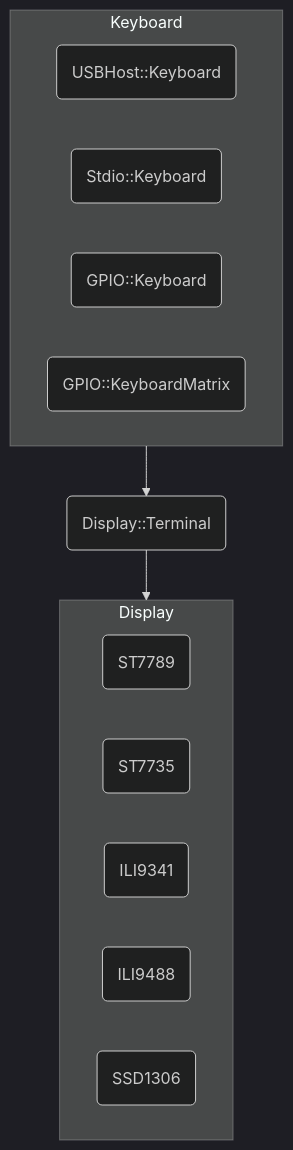
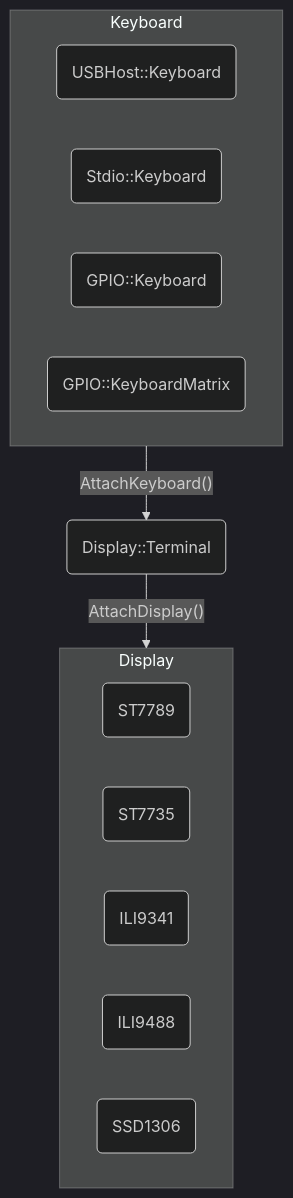
One commit to ypsitau/zenn changed the first of 2 diagrams in articles/2025-04-06-cmdline-editor.md. Above: the diagram before and after it, drawn with Mermaid (dark theme). The commit also changed other lines of this file, not shown here.

````diff
--- a/articles/2025-04-06-cmdline-editor.md
+++ b/articles/2025-04-06-cmdline-editor.md
@@ -48,17 +48,17 @@
 ```mermaid
 graph TD
   subgraph Keyboard
     K1(USBHost::Keyboard)
     K2(Stdio::Keyboard)
     K3(GPIO::Keyboard)
     K4(GPIO::KeyboardMatrix)
   end
   subgraph Display
     D1(ST7789)
     D2(ST7735)
     D3(ILI9341)
     D4(ILI9488)
     D5(SSD1306)
   end
-  Keyboard-->T(Display::Terminal)-->Display
+  Keyboard--"AttachKeyboard()"-->T(Display::Terminal)--"AttachDisplay()"-->Display
 ```
````
